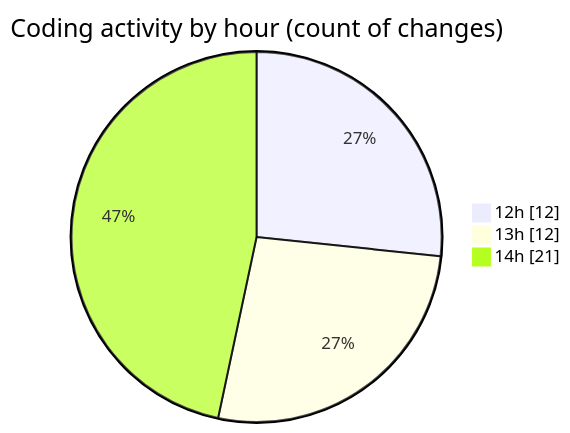
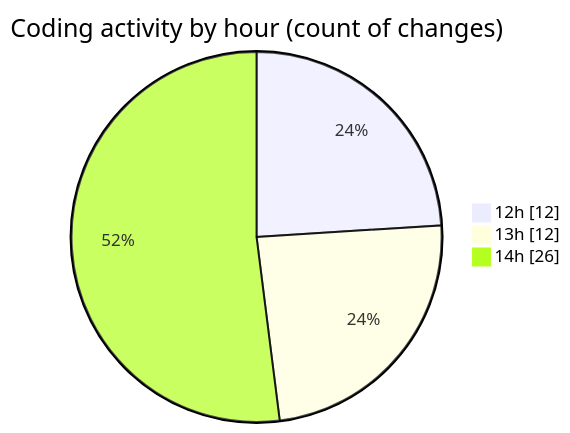
One commit to momahboobian/code-tracking changed the second of 2 diagrams in 2025-09-24/cda/README.md. Above: the diagram before and after it, drawn with Mermaid. The commit also changed other lines of this file and 1 other file, not shown here.

````diff
--- a/2025-09-24/cda/README.md
+++ b/2025-09-24/cda/README.md
@@ -36,7 +37,7 @@
 ```mermaid
 pie showData
 title Coding activity by hour (count of changes)
 "12h" : 12
 "13h" : 12
-"14h" : 21
+"14h" : 26
 ```
````
